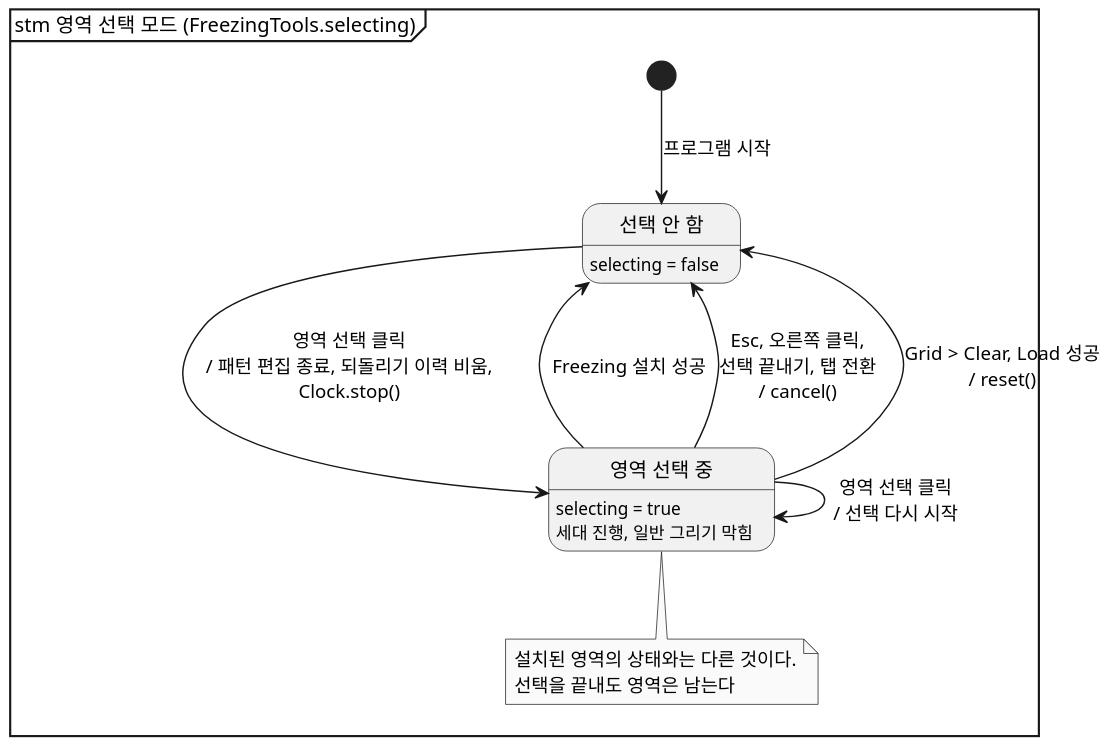
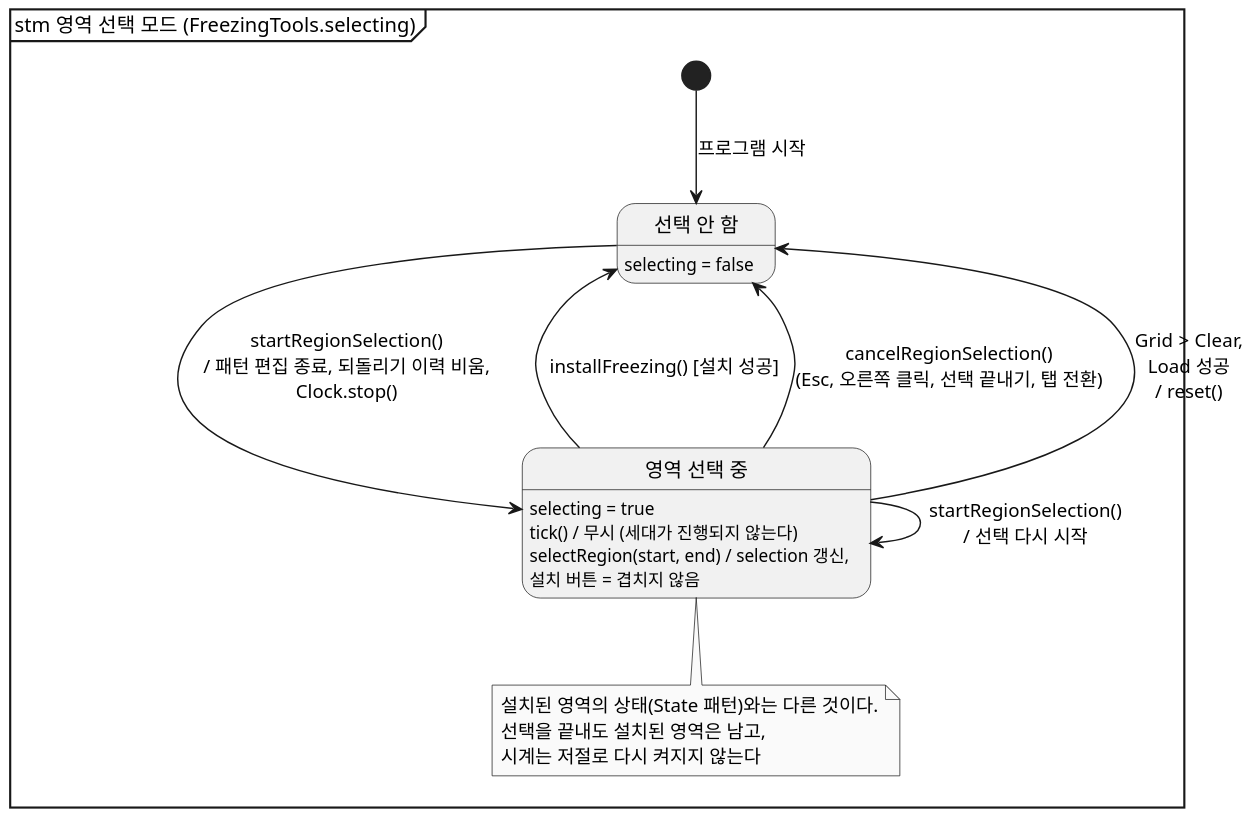
Before and after one commit to mckimR1972/DP_team_project: the diagram in docs/freezing/diagram/state-selection.puml, drawn with PlantUML. The commit also changed 27 other files, not shown here.

```diff
--- a/docs/freezing/diagram/state-selection.puml
+++ b/docs/freezing/diagram/state-selection.puml
@@ -1,28 +1,31 @@
 @startuml state-selection
 skinparam monochrome true
 skinparam dpi 150
 skinparam shadowing false
 skinparam defaultFontName "Malgun Gothic"
 hide empty description
 mainframe stm 영역 선택 모드 (FreezingTools.selecting)
 
 state "선택 안 함" as Idle
 Idle : selecting = false
 
 state "영역 선택 중" as Selecting
 Selecting : selecting = true
-Selecting : 세대 진행, 일반 그리기 막힘
+Selecting : tick() / 무시 (세대가 진행되지 않는다)
+Selecting : selectRegion(start, end) / selection 갱신,
+Selecting : 설치 버튼 = 겹치지 않음
 
 [*] --> Idle : 프로그램 시작
 
-Idle --> Selecting : 영역 선택 클릭\n/ 패턴 편집 종료, 되돌리기 이력 비움,\nClock.stop()
-Selecting --> Selecting : 영역 선택 클릭\n/ 선택 다시 시작
-Selecting --> Idle : Freezing 설치 성공
-Selecting --> Idle : Esc, 오른쪽 클릭,\n선택 끝내기, 탭 전환\n/ cancel()
-Selecting --> Idle : Grid > Clear, Load 성공\n/ reset()
+Idle --> Selecting : startRegionSelection()\n/ 패턴 편집 종료, 되돌리기 이력 비움,\nClock.stop()
+Selecting --> Selecting : startRegionSelection()\n/ 선택 다시 시작
+Selecting --> Idle : installFreezing() [설치 성공]
+Selecting --> Idle : cancelRegionSelection()\n(Esc, 오른쪽 클릭, 선택 끝내기, 탭 전환)
+Selecting --> Idle : Grid > Clear,\nLoad 성공\n/ reset()
 
 note bottom of Selecting
-  설치된 영역의 상태와는 다른 것이다.
-  선택을 끝내도 영역은 남는다
+  설치된 영역의 상태(State 패턴)와는 다른 것이다.
+  선택을 끝내도 설치된 영역은 남고,
+  시계는 저절로 다시 켜지지 않는다
 end note
 @enduml
```
